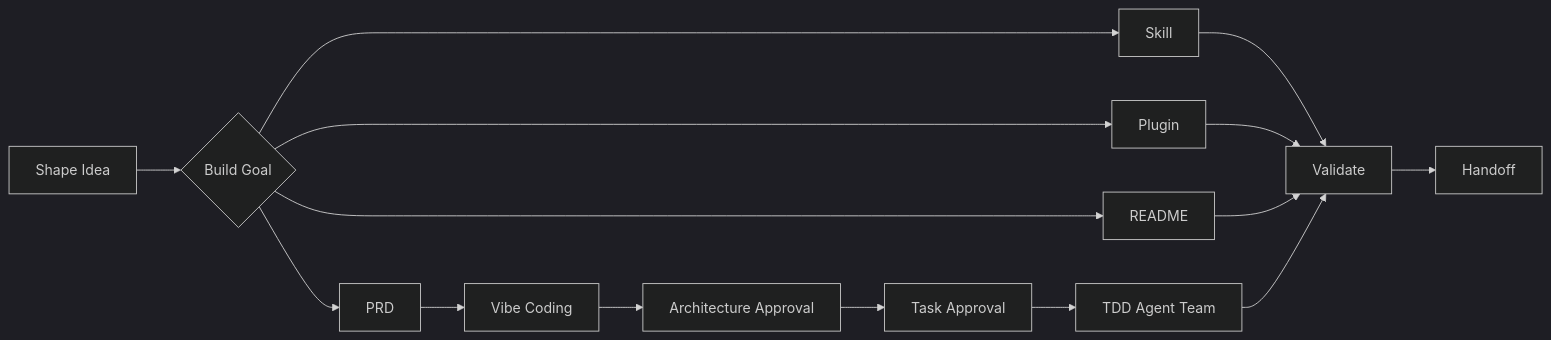
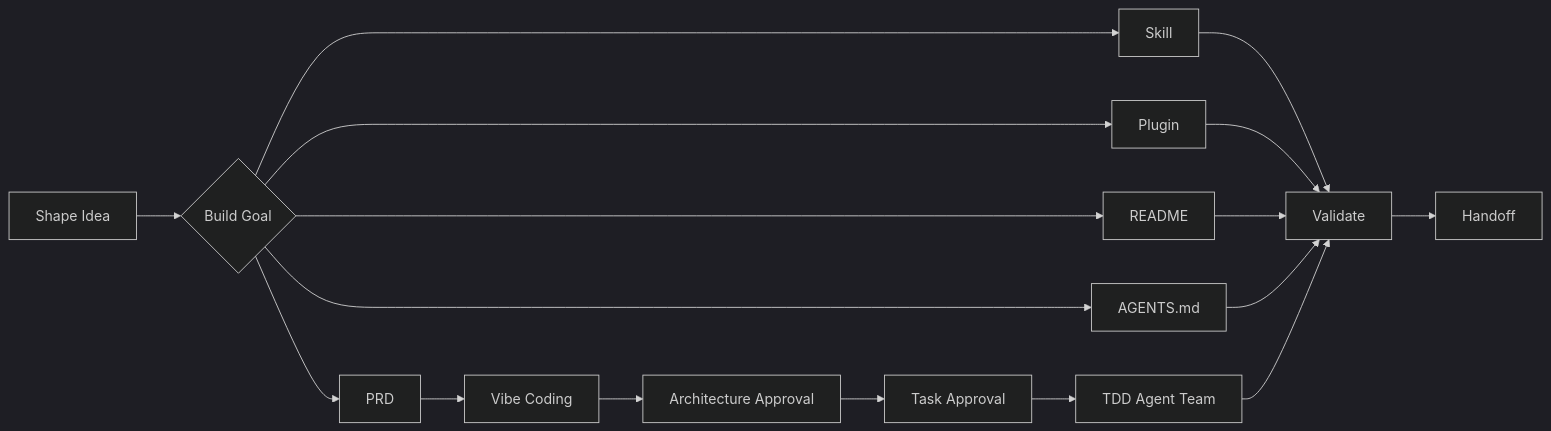
One commit to koco-co/build-goals changed the diagram in README.md. Above: the diagram before and after it, drawn with Mermaid (dark theme). The commit also changed other lines of this file and 23 other files, not shown here.

````diff
--- a/README.md
+++ b/README.md
@@ -50,17 +53,19 @@
 ```mermaid
 flowchart LR
     A[Shape Idea] --> B{Build Goal}
     B --> C[Skill]
     B --> D[Plugin]
     B --> E[PRD]
     B --> F[README]
+    B --> M[AGENTS.md]
     E --> G[Vibe Coding]
     G --> H[Architecture Approval]
     H --> I[Task Approval]
     I --> J[TDD Agent Team]
     C --> K[Validate]
     D --> K
     F --> K
+    M --> K
     J --> K
     K --> L[Handoff]
 ```
````
